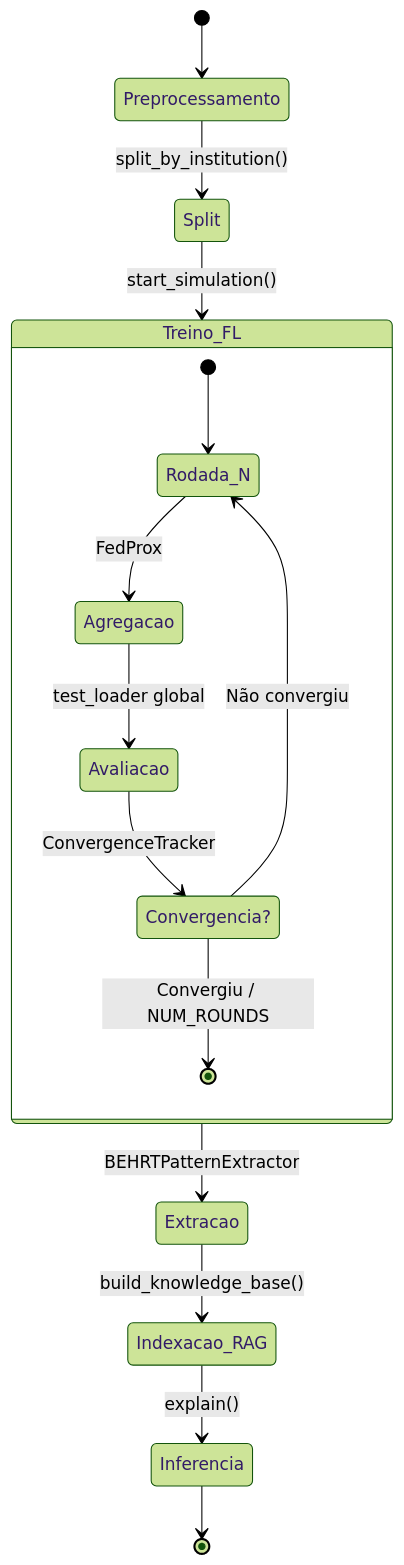
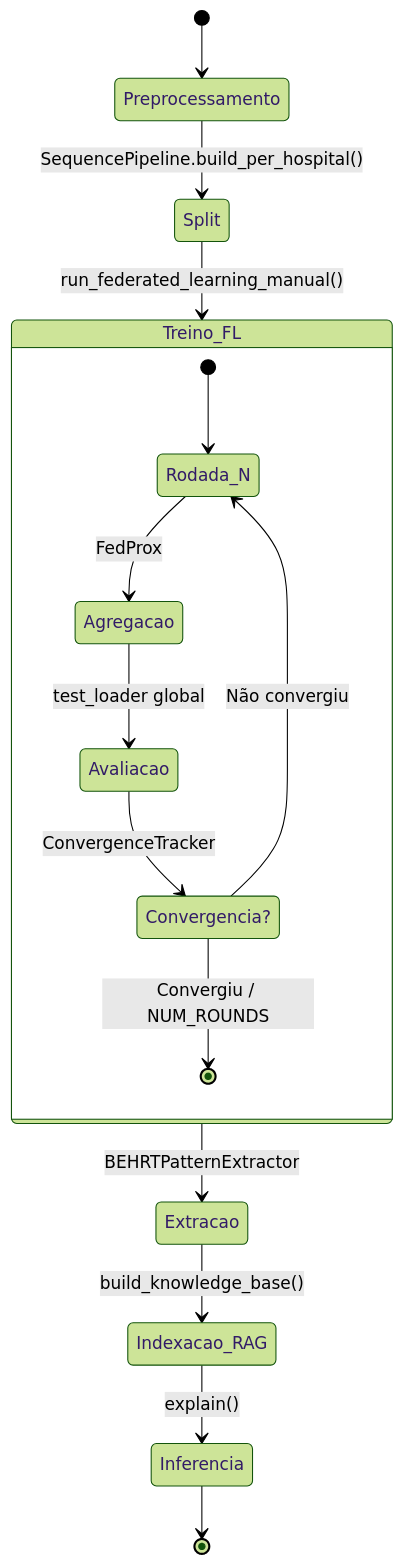
One commit to JacAbreu/mosaic-fl changed the fourth of 4 diagrams in README_v2.md. Above: the diagram before and after it, drawn with Mermaid (forest theme). The commit also changed other lines of this file and 24 other files, not shown here.

````diff
--- a/README_v2.md
+++ b/README_v2.md
@@ -210,20 +203,20 @@
 ```mermaid
 stateDiagram-v2
     [*] --> Preprocessamento
-    Preprocessamento --> Split : split_by_institution()
-    Split --> Treino_FL : start_simulation()
+    Preprocessamento --> Split : SequencePipeline.build_per_hospital()
+    Split --> Treino_FL : run_federated_learning_manual()
 
     state Treino_FL {
         [*] --> Rodada_N
         Rodada_N --> Agregacao : FedProx
         Agregacao --> Avaliacao : test_loader global
         Avaliacao --> Convergencia? : ConvergenceTracker
         Convergencia? --> Rodada_N : Não convergiu
         Convergencia? --> [*] : Convergiu / NUM_ROUNDS
     }
 
     Treino_FL --> Extracao : BEHRTPatternExtractor
     Extracao --> Indexacao_RAG : build_knowledge_base()
     Indexacao_RAG --> Inferencia : explain()
     Inferencia --> [*]
 ```
````
